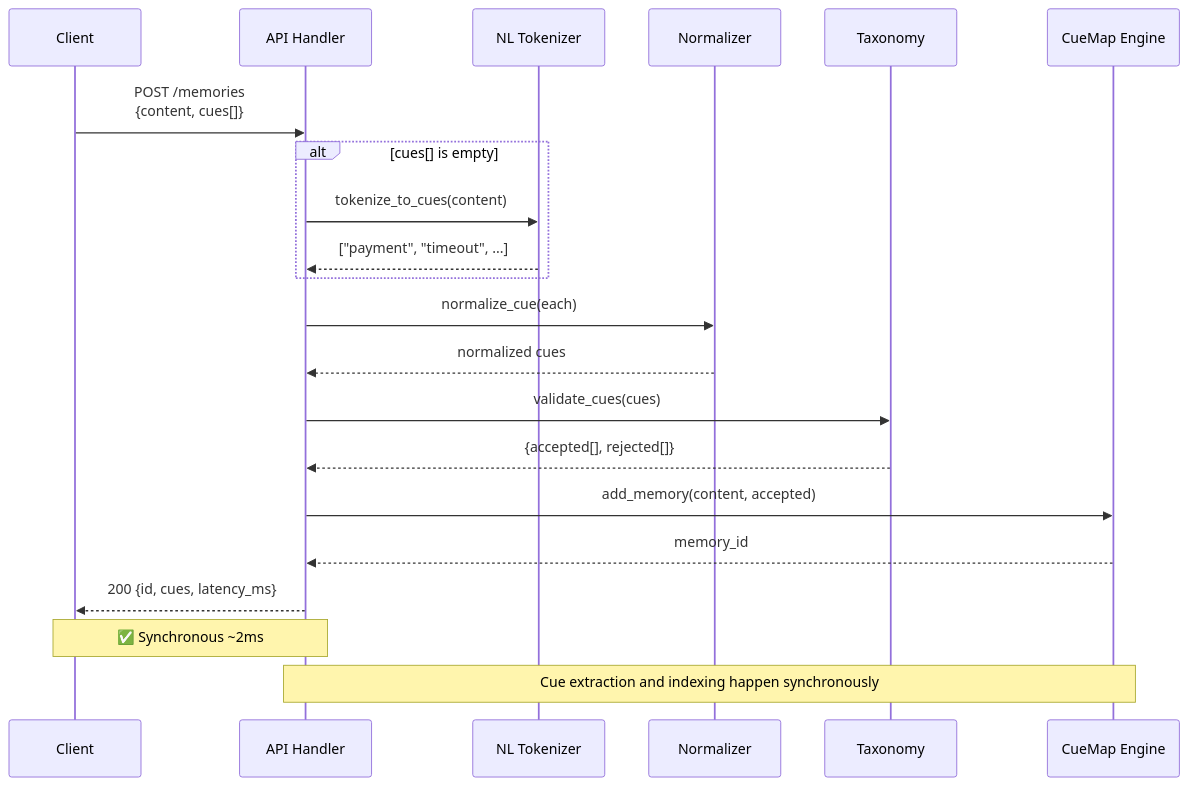
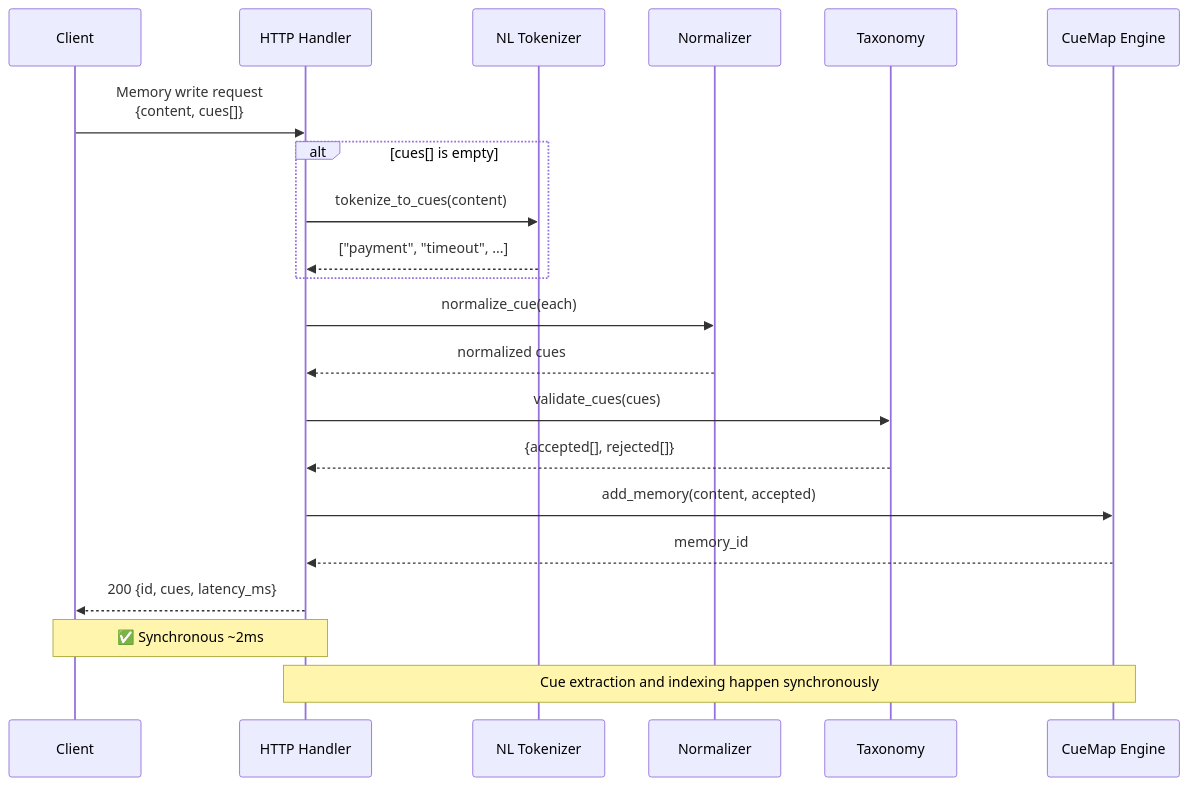
Before and after one commit to cuemap-dev/cuemap: the second of 4 diagrams in README.md, drawn with Mermaid. The commit also changed other lines of this file, not shown here.

````diff
--- a/README.md
+++ b/README.md
@@ -924,30 +452,30 @@
 ```mermaid
 sequenceDiagram
     participant C as Client
-    participant API as API Handler
+    participant API as HTTP Handler
     participant NL as NL Tokenizer
     participant Norm as Normalizer
     participant Tax as Taxonomy
     participant Main as CueMap Engine
     
-    C->>API: POST /memories<br/>{content, cues[]}
+    C->>API: Memory write request<br/>{content, cues[]}
     
     alt cues[] is empty
         API->>NL: tokenize_to_cues(content)
         NL-->>API: ["payment", "timeout", ...]
     end
     
     API->>Norm: normalize_cue(each)
     Norm-->>API: normalized cues
     
     API->>Tax: validate_cues(cues)
     Tax-->>API: {accepted[], rejected[]}
     
     API->>Main: add_memory(content, accepted)
     Main-->>API: memory_id
     
     API-->>C: 200 {id, cues, latency_ms}
     Note over C,API: ✅ Synchronous ~2ms
     
     Note over API,Main: Cue extraction and indexing happen synchronously
 ```
````
